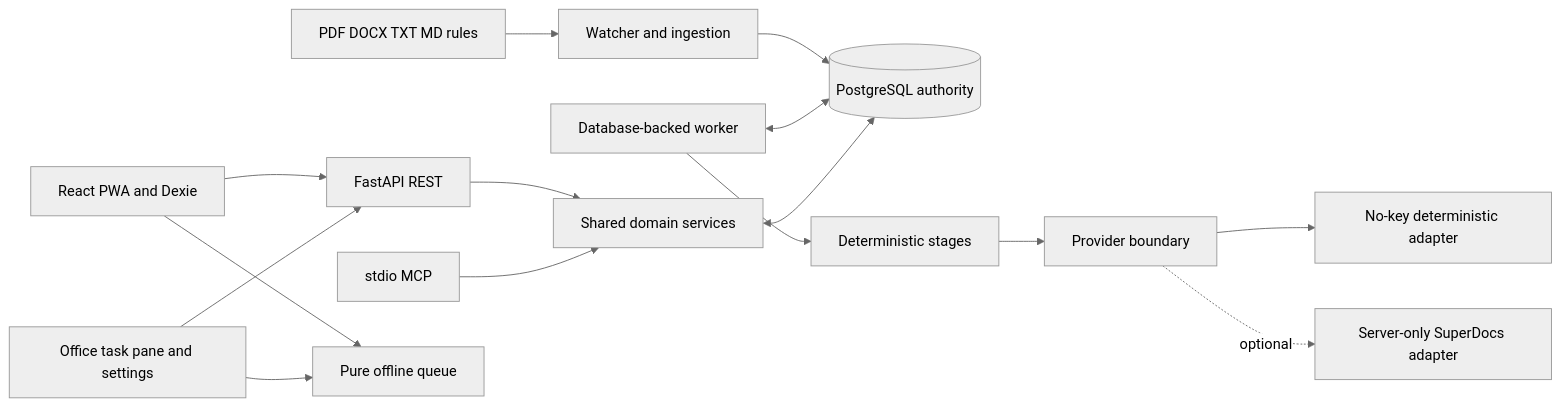
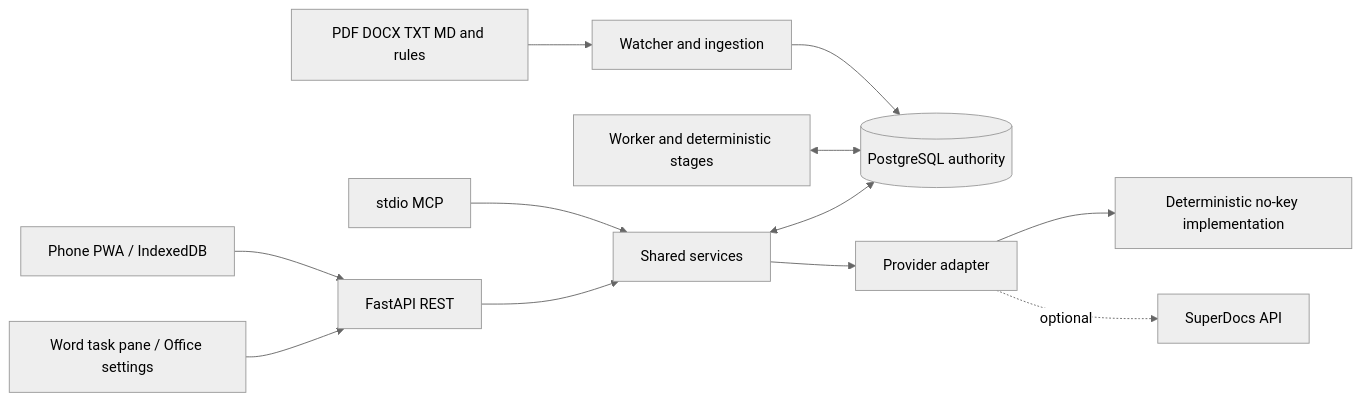
One commit to KarnPiyush/field-ledger changed the first of 2 diagrams in docs/architecture.md. Above: the diagram before and after it, drawn with Mermaid (neutral theme). The commit also changed other lines of this file and 9 other files, not shown here.

Commit message:
docs: clarify architecture, review flow and evidence boundaries

````diff
--- a/docs/architecture.md
+++ b/docs/architecture.md
@@ -5,17 +7,14 @@
 ```mermaid
 flowchart LR
-  Pile[PDF DOCX TXT MD rules] --> Watcher[Watcher and ingestion]
-  Watcher --> DB[(PostgreSQL authority)]
-  Worker[Database-backed worker] <--> DB
-  Worker --> Agent[Deterministic stages]
-  Agent --> Provider[Provider boundary]
-  Provider --> Deterministic[No-key deterministic adapter]
-  Provider -. optional .-> SuperDocs[Server-only SuperDocs adapter]
-  API[FastAPI REST] --> Services[Shared domain services]
-  MCP[stdio MCP] --> Services
+  Files[PDF DOCX TXT MD and rules] --> Ingest[Watcher and ingestion]
+  Ingest --> DB[(PostgreSQL authority)]
+  Worker[Worker and deterministic stages] <--> DB
+  Phone[Phone PWA / IndexedDB] --> REST[FastAPI REST]
+  Word[Word task pane / Office settings] --> REST
+  MCP[stdio MCP] --> Services[Shared services]
+  REST --> Services
   Services <--> DB
-  Phone[React PWA and Dexie] --> API
-  Word[Office task pane and settings] --> API
-  Phone --> Shared[Pure offline queue]
-  Word --> Shared
+  Services --> Provider[Provider adapter]
+  Provider --> Local[Deterministic no-key implementation]
+  Provider -. optional .-> Remote[SuperDocs API]
 ```
````
